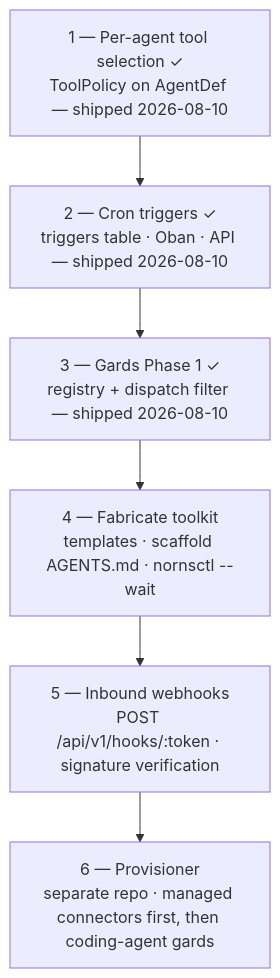
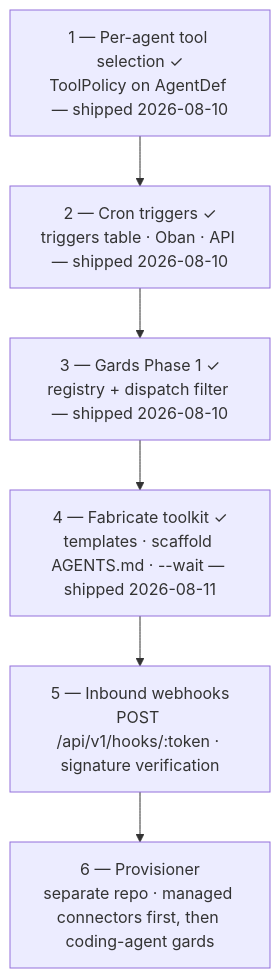
One commit to amackera/norns changed the diagram in docs/roadmap.md. Above: the diagram before and after it, drawn with Mermaid. The commit also changed other lines of this file and 1 other file, not shown here.

Commit message:
Mark fabricate toolkit shipped in roadmap and decision log

````diff
--- a/docs/roadmap.md
+++ b/docs/roadmap.md
@@ -54,10 +54,10 @@
 ```mermaid
 flowchart TB
     A["1 — Per-agent tool selection ✓<br/>ToolPolicy on AgentDef — shipped 2026-08-10"]
     B["2 — Cron triggers ✓<br/>triggers table · Oban · API — shipped 2026-08-10"]
     C["3 — Gards Phase 1 ✓<br/>registry + dispatch filter — shipped 2026-08-10"]
-    D["4 — Fabricate toolkit<br/>templates · scaffold AGENTS.md · nornsctl --wait"]
+    D["4 — Fabricate toolkit ✓<br/>templates · scaffold AGENTS.md · --wait — shipped 2026-08-11"]
     E["5 — Inbound webhooks<br/>POST /api/v1/hooks/:token · signature verification"]
     F["6 — Provisioner<br/>separate repo · managed connectors first, then coding-agent gards"]
     A --> B --> C --> D --> E --> F
 ```
````
